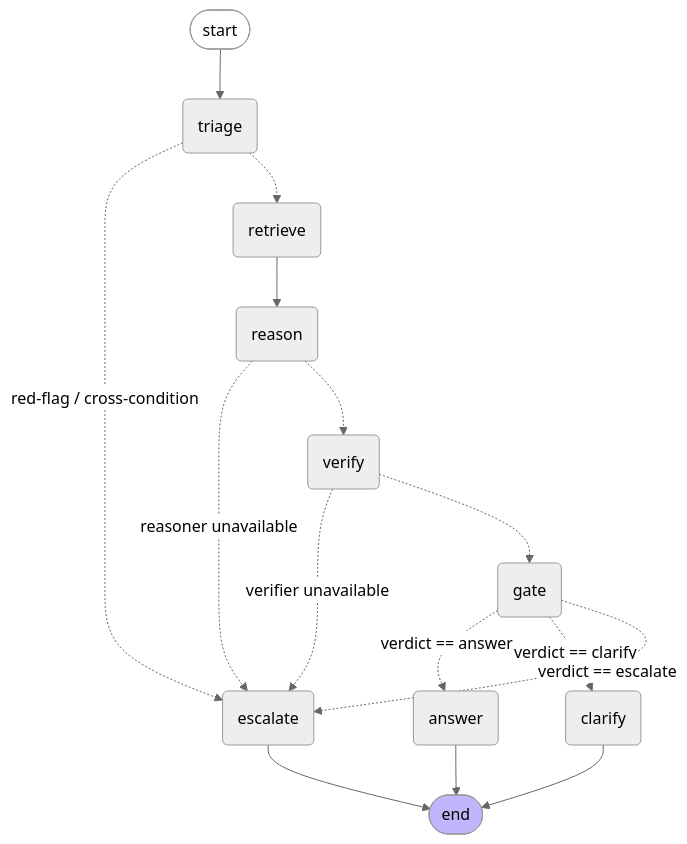
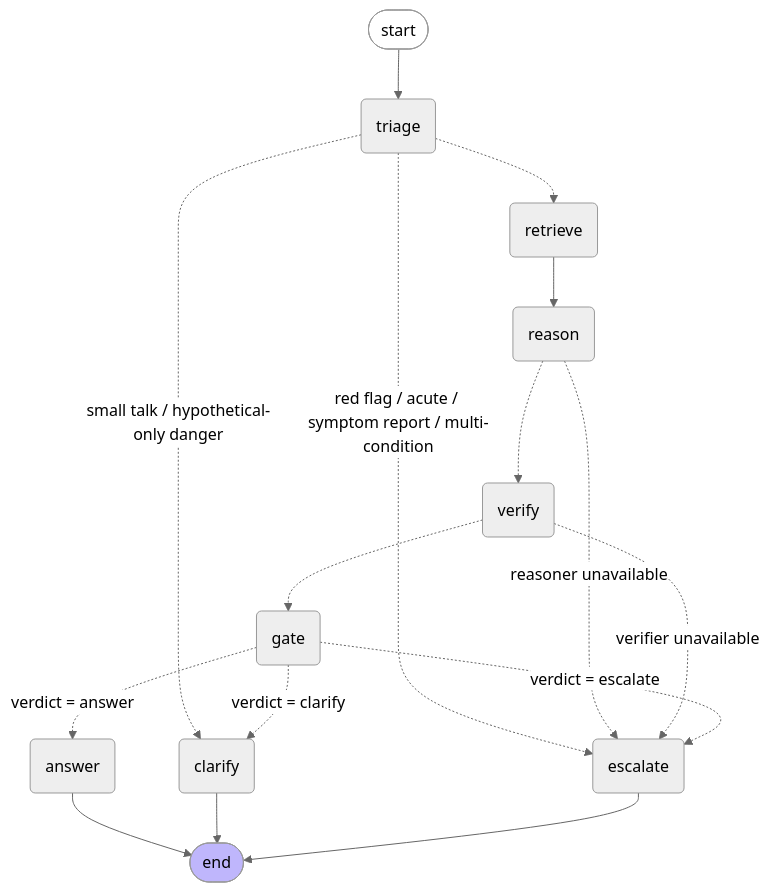
Before and after one commit to ruthwikchikoti/careline: the diagram in docs/architecture.md, drawn with Mermaid (neutral theme). The commit also changed other lines of this file and 12 other files, not shown here.

````diff
--- a/docs/architecture.md
+++ b/docs/architecture.md
@@ -12,29 +86,30 @@
 ```mermaid
 graph TD;
     __start__([start]):::first
     triage(triage)
     retrieve(retrieve)
     reason(reason)
     verify(verify)
     gate(gate)
     answer(answer)
     clarify(clarify)
     escalate(escalate)
     __end__([end]):::last
     __start__ --> triage;
-    triage -.->|red-flag / cross-condition| escalate;
+    triage -.->|red flag / acute / symptom report / multi-condition| escalate;
+    triage -.->|small talk / hypothetical-only danger| clarify;
     triage -.-> retrieve;
     retrieve --> reason;
     reason -.->|reasoner unavailable| escalate;
     reason -.-> verify;
     verify -.->|verifier unavailable| escalate;
     verify -.-> gate;
-    gate -.->|verdict == answer| answer;
-    gate -.->|verdict == clarify| clarify;
-    gate -.->|verdict == escalate| escalate;
+    gate -.->|verdict = answer| answer;
+    gate -.->|verdict = clarify| clarify;
+    gate -.->|verdict = escalate| escalate;
     answer --> __end__;
     clarify --> __end__;
     escalate --> __end__;
     classDef first fill-opacity:0
     classDef last fill:#bfb6fc
 ```
````
